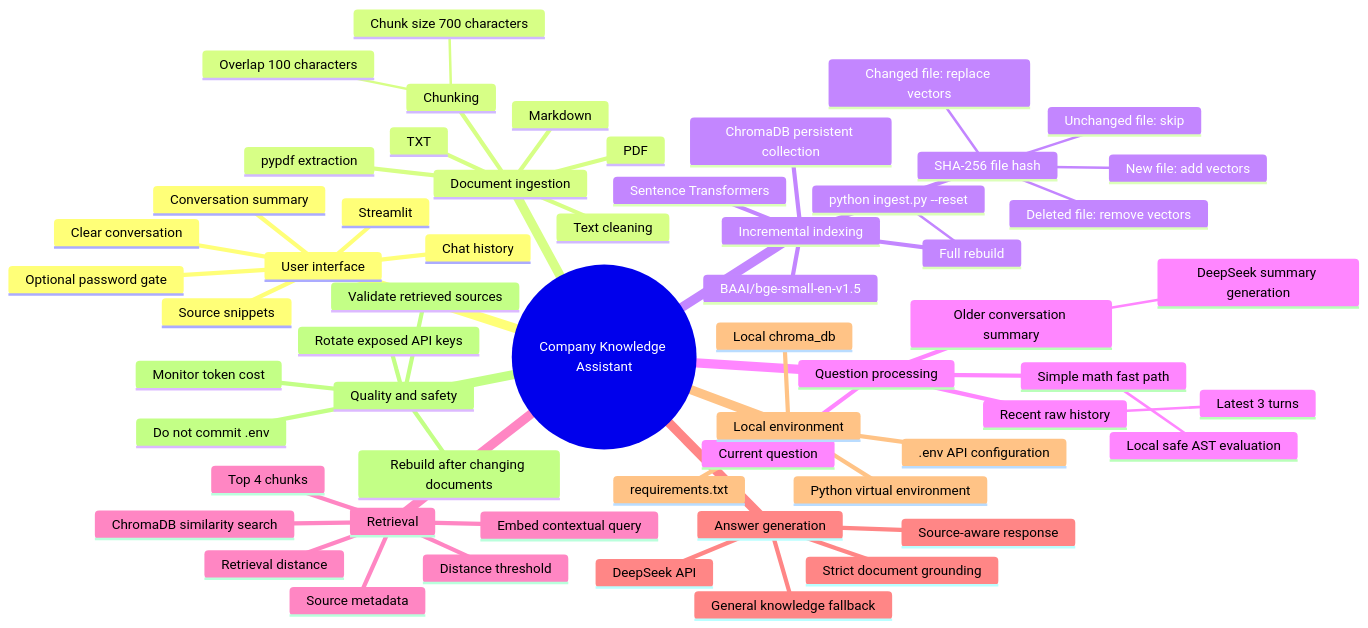
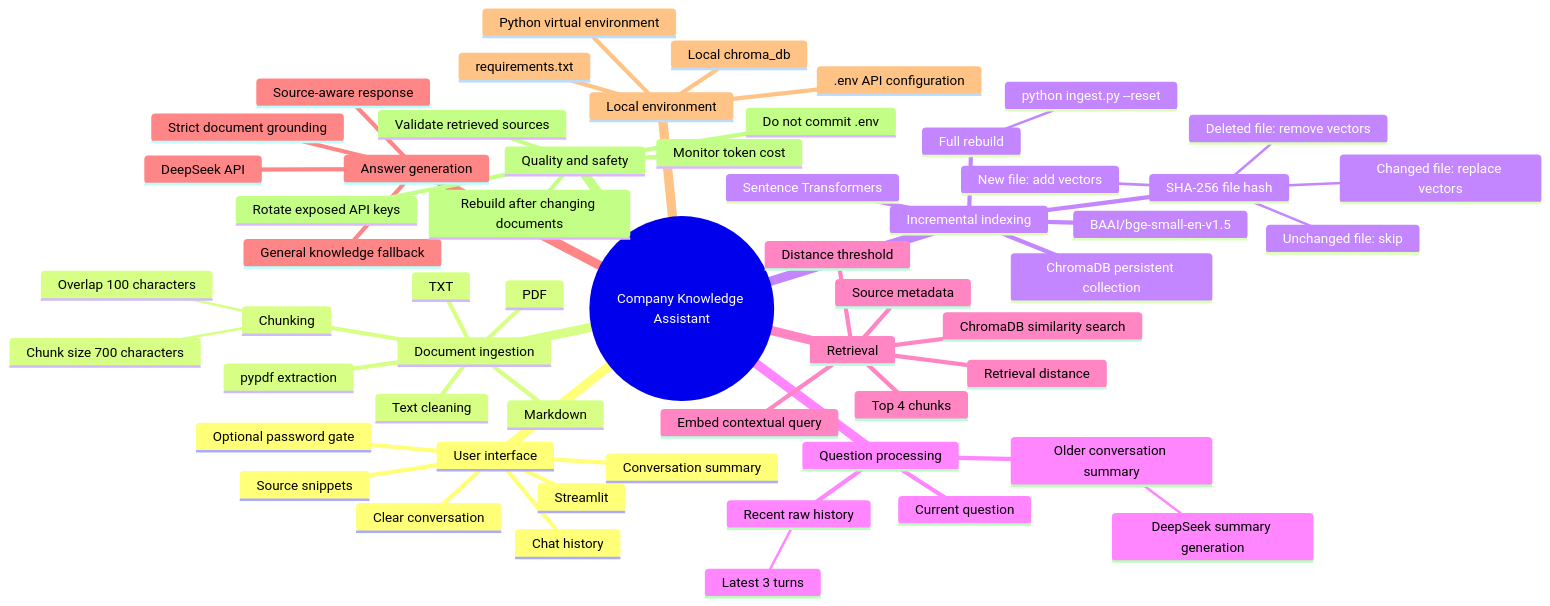
One commit to ylceadap/RAG_DEMO changed the first of 2 diagrams in custom_version/ARCHITECTURE.md. Above: the diagram before and after it, drawn with Mermaid. The commit also changed other lines of this file and 10 other files, not shown here.

````diff
--- a/custom_version/ARCHITECTURE.md
+++ b/custom_version/ARCHITECTURE.md
@@ -7,62 +7,60 @@
 ```mermaid
 mindmap
   root((Company Knowledge Assistant))
     User interface
       Streamlit
       Chat history
       Conversation summary
       Clear conversation
       Source snippets
       Optional password gate
     Document ingestion
       TXT
       Markdown
       PDF
       pypdf extraction
       Text cleaning
       Chunking
         Chunk size 700 characters
         Overlap 100 characters
     Incremental indexing
       ChromaDB persistent collection
       Sentence Transformers
       BAAI/bge-small-en-v1.5
       SHA-256 file hash
         New file: add vectors
         Changed file: replace vectors
         Unchanged file: skip
         Deleted file: remove vectors
       Full rebuild
         python ingest.py --reset
     Question processing
       Current question
       Recent raw history
         Latest 3 turns
       Older conversation summary
         DeepSeek summary generation
-      Simple math fast path
-        Local safe AST evaluation
     Retrieval
       Embed contextual query
       ChromaDB similarity search
       Top 4 chunks
       Distance threshold
       Source metadata
       Retrieval distance
     Answer generation
       DeepSeek API
       Strict document grounding
       General knowledge fallback
       Source-aware response
     Local environment
       Python virtual environment
       requirements.txt
       .env API configuration
       Local chroma_db
     Quality and safety
       Do not commit .env
       Rotate exposed API keys
       Rebuild after changing documents
       Validate retrieved sources
       Monitor token cost
 ```
````
